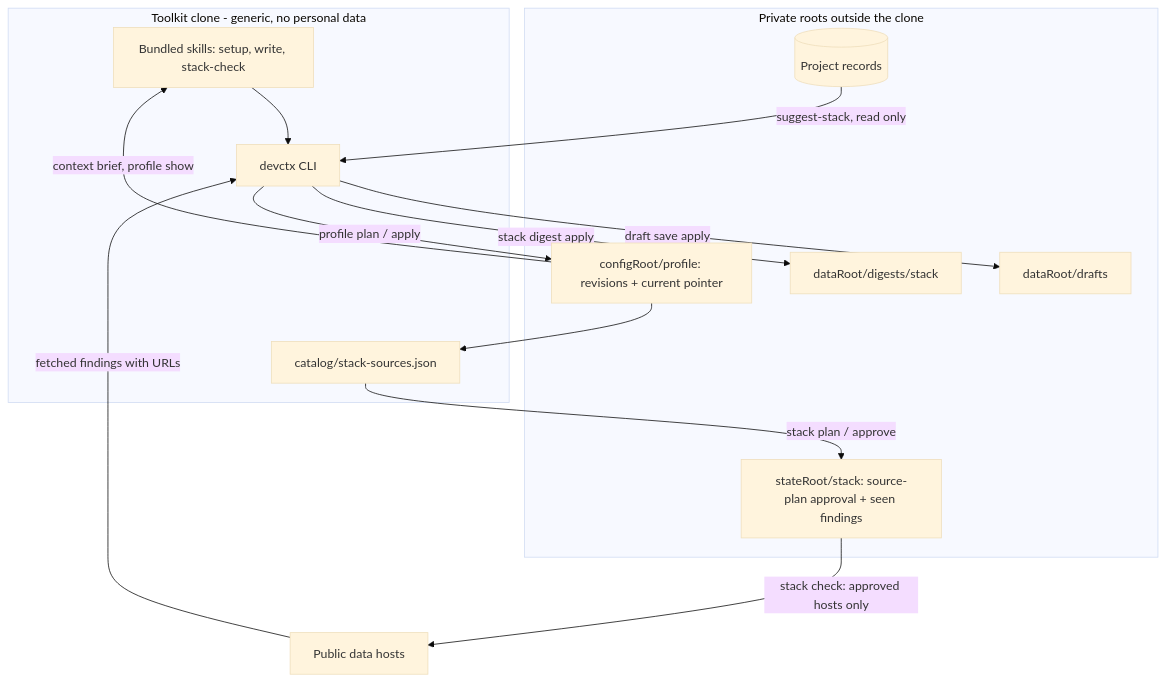
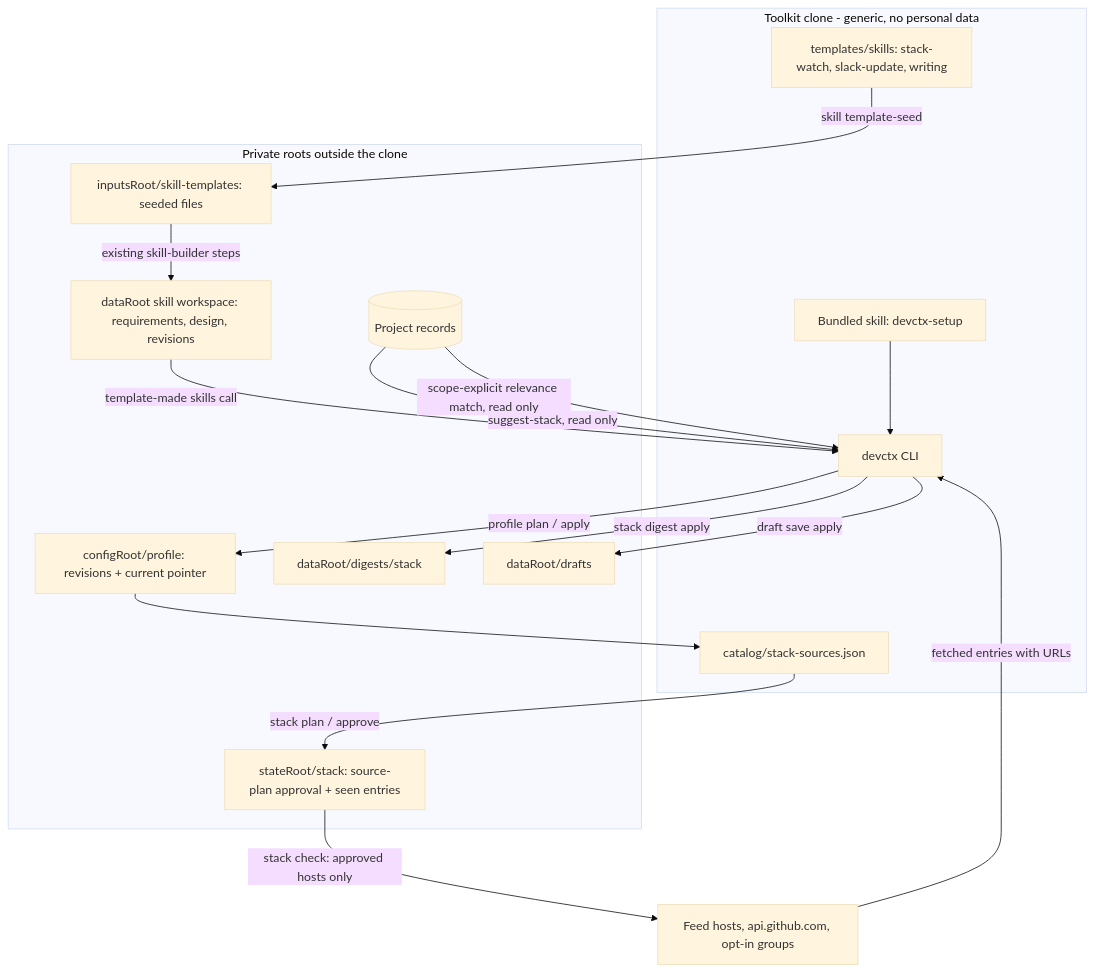
One commit to sundharesan11/developer-context-kit changed the first of 3 diagrams in docs/plans/2026-10-16-001-feat-personal-harness-template-plan.md. Above: the diagram before and after it, drawn with Mermaid (base theme). The commit also changed other lines of this file, not shown here.

First line of the commit message:
Apply owner decisions on stack updates, templates and routing

````diff
--- a/docs/plans/2026-10-16-001-feat-personal-harness-template-plan.md
+++ b/docs/plans/2026-10-16-001-feat-personal-harness-template-plan.md
@@ -288,25 +382,31 @@
 ```mermaid
 flowchart TB
   subgraph Clone[Toolkit clone - generic, no personal data]
-    Skills[Bundled skills: setup, write, stack-check]
+    Setup[Bundled skill: devctx-setup]
+    Templates[templates/skills: stack-watch, slack-update, writing]
     Catalog[catalog/stack-sources.json]
     CLI[devctx CLI]
   end
   subgraph Private[Private roots outside the clone]
     Profile[configRoot/profile: revisions + current pointer]
-    Approval[stateRoot/stack: source-plan approval + seen findings]
+    Seeded[inputsRoot/skill-templates: seeded files]
+    Workspace[dataRoot skill workspace: requirements, design, revisions]
+    Approval[stateRoot/stack: source-plan approval + seen entries]
     Digests[dataRoot/digests/stack]
     Drafts[dataRoot/drafts]
     Records[(Project records)]
   end
-  Skills --> CLI
+  Setup --> CLI
   Records -->|suggest-stack, read only| CLI
   CLI -->|profile plan / apply| Profile
-  Profile -->|context brief, profile show| Skills
+  Templates -->|skill template-seed| Seeded
+  Seeded -->|existing skill-builder steps| Workspace
+  Workspace -->|template-made skills call| CLI
   Profile --> Catalog
   Catalog -->|stack plan / approve| Approval
-  Approval -->|stack check: approved hosts only| Hosts[Public data hosts]
-  Hosts -->|fetched findings with URLs| CLI
+  Approval -->|stack check: approved hosts only| Hosts[Feed hosts, api.github.com, opt-in groups]
+  Hosts -->|fetched entries with URLs| CLI
+  Records -->|scope-explicit relevance match, read only| CLI
   CLI -->|stack digest apply| Digests
   CLI -->|draft save apply| Drafts
 ```
````
